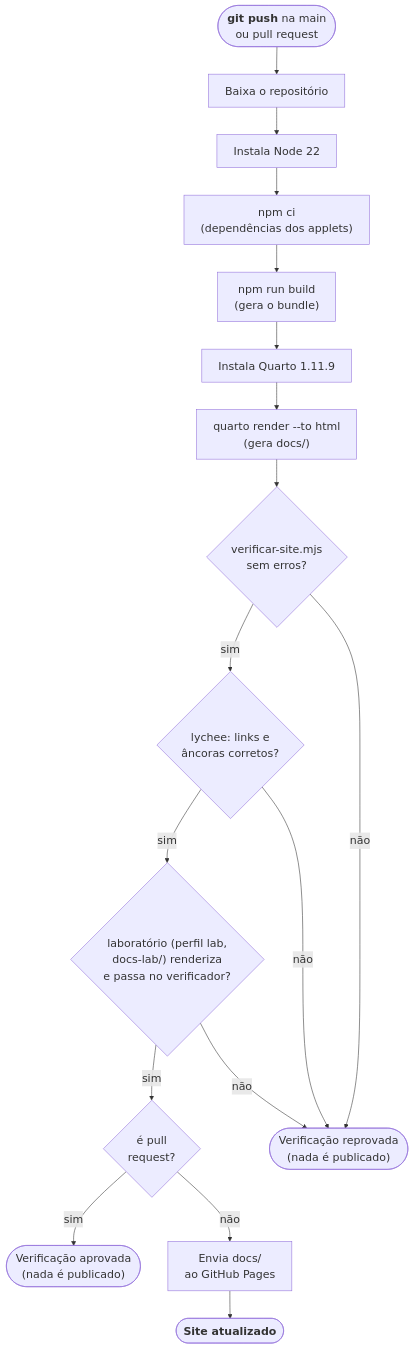
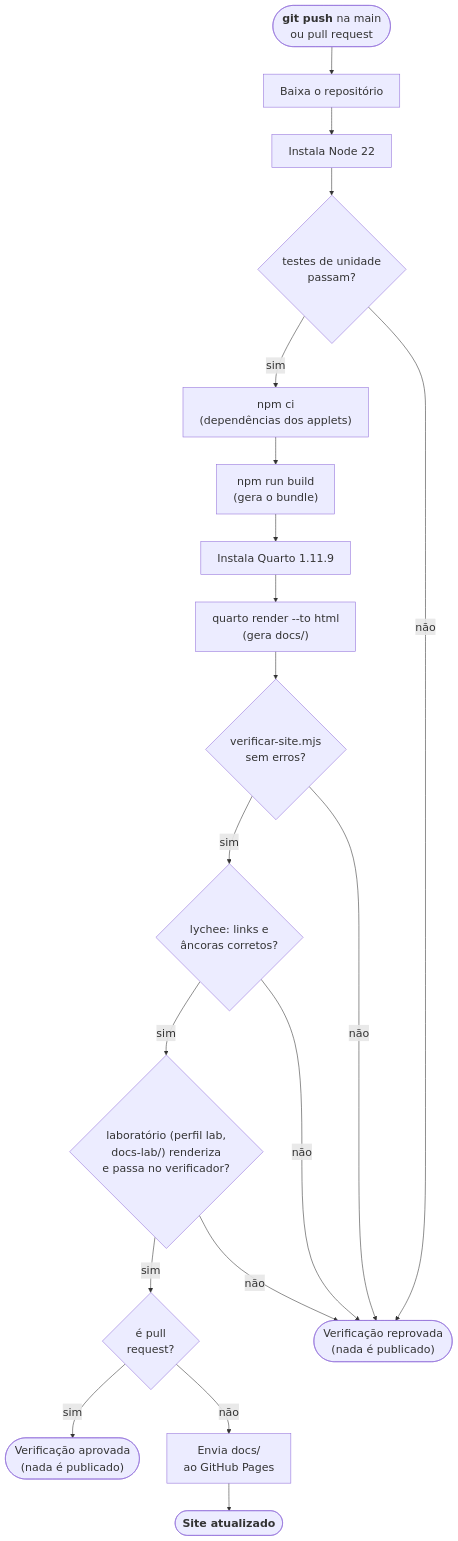
Before and after one commit to lcmerlo/livro-online-fcg: the eighth of 9 diagrams in _interno/diretrizes/arquitetura.md, drawn with Mermaid. The commit also changed other lines of this file and 6 other files, not shown here.

````diff
--- a/_interno/diretrizes/arquitetura.md
+++ b/_interno/diretrizes/arquitetura.md
@@ -436,29 +460,32 @@
 ```mermaid
 %%{init: {"themeVariables": {"fontSize": "20px"}, "flowchart": {"wrappingWidth": 420}}}%%
 flowchart TD
     push(["<b>git push</b> na main<br/>ou pull request"])
     co["Baixa o repositório"]
     node["Instala Node 22"]
+    t0{"testes de unidade<br/>passam?"}
     ci["npm ci<br/>(dependências dos applets)"]
     build["npm run build<br/>(gera o bundle)"]
     qi["Instala Quarto 1.11.9"]
     render["quarto render --to html<br/>(gera docs/)"]
     t1{"verificar-site.mjs<br/>sem erros?"}
     t2{"lychee: links e<br/>âncoras corretos?"}
     t3{"laboratório (perfil lab,<br/>docs-lab/) renderiza<br/>e passa no verificador?"}
     pr{"é pull<br/>request?"}
     ok(["Verificação aprovada<br/>(nada é publicado)"])
     up["Envia docs/<br/>ao GitHub Pages"]
     dep(["<b>Site atualizado</b>"])
     fail(["Verificação reprovada<br/>(nada é publicado)"])
 
-    push --> co --> node --> ci --> build --> qi --> render --> t1
+    push --> co --> node --> t0
+    t0 -->|"sim"| ci --> build --> qi --> render --> t1
     t1 -->|"sim"| t2
     t2 -->|"sim"| t3
     t3 -->|"sim"| pr
     pr -->|"sim"| ok
     pr -->|"não"| up --> dep
+    t0 -->|"não"| fail
     t1 -->|"não"| fail
     t2 -->|"não"| fail
     t3 -->|"não"| fail
 ```
````
